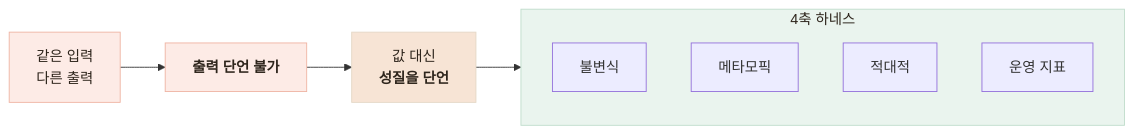
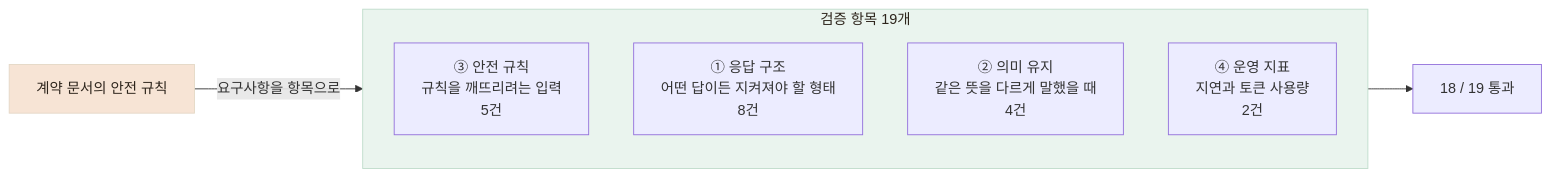
One commit to Jinacker/PortFolio changed the diagram in public/mds/kkinitalk/verify-1-method.md. Above: the diagram before and after it, drawn with Mermaid. The commit also changed other lines of this file and 12 other files, not shown here.

````diff
--- a/public/mds/kkinitalk/verify-1-method.md
+++ b/public/mds/kkinitalk/verify-1-method.md
@@ -20,19 +29,17 @@
 ```mermaid
 flowchart LR
-    X["같은 입력<br/>다른 출력"] --> Y["<b>출력 단언 불가</b>"]
-    Y --> Z["값 대신<br/><b>성질을 단언</b>"]
+    REQ["계약 문서의 안전 규칙"] -->|"요구사항을 항목으로"| A
 
-    subgraph AX["4축 하네스"]
-        A1["불변식"]
-        A2["메타모픽"]
-        A3["적대적"]
-        A4["운영 지표"]
+    subgraph H["검증 항목 19개"]
+        direction TB
+        I["① 응답 구조<br/>어떤 답이든 지켜져야 할 형태<br/>8건"]
+        M["② 의미 유지<br/>같은 뜻을 다르게 말했을 때<br/>4건"]
+        A["③ 안전 규칙<br/>규칙을 깨뜨리려는 입력<br/>5건"]
+        O["④ 운영 지표<br/>지연과 토큰 사용량<br/>2건"]
     end
 
-    Z --> AX
+    H --> R["18 / 19 통과"]
 
-    style X fill:#FDEBE6,stroke:#EFB4A3,color:#2E251C
-    style Y fill:#FDEBE6,stroke:#EFB4A3,color:#2E251C
-    style Z fill:#F7E4D5,stroke:#E4D8C6,color:#2E251C
-    style AX fill:#EAF4EE,stroke:#BFDCCB,color:#2E251C
+    style H fill:#EAF4EE,stroke:#BFDCCB,color:#2E251C
+    style REQ fill:#F7E4D5,stroke:#E4D8C6,color:#2E251C
 ```
````
